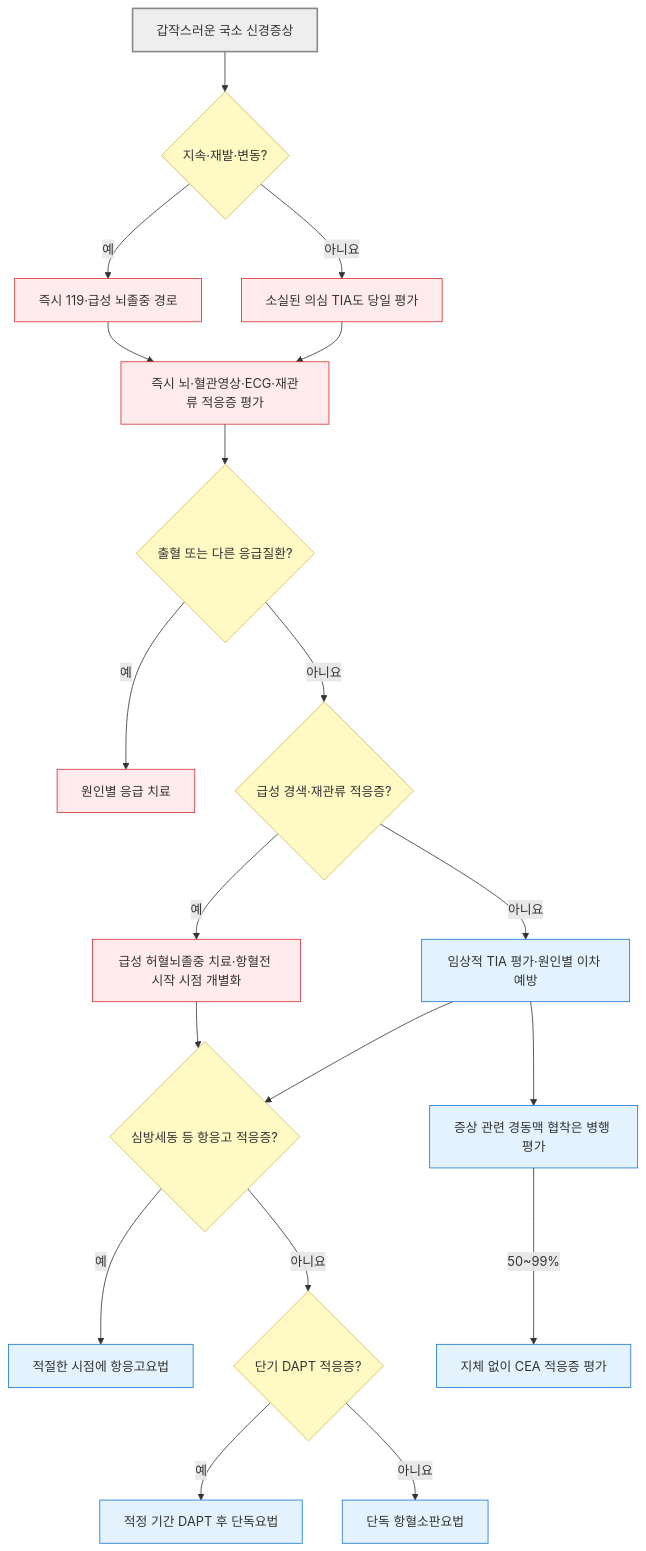
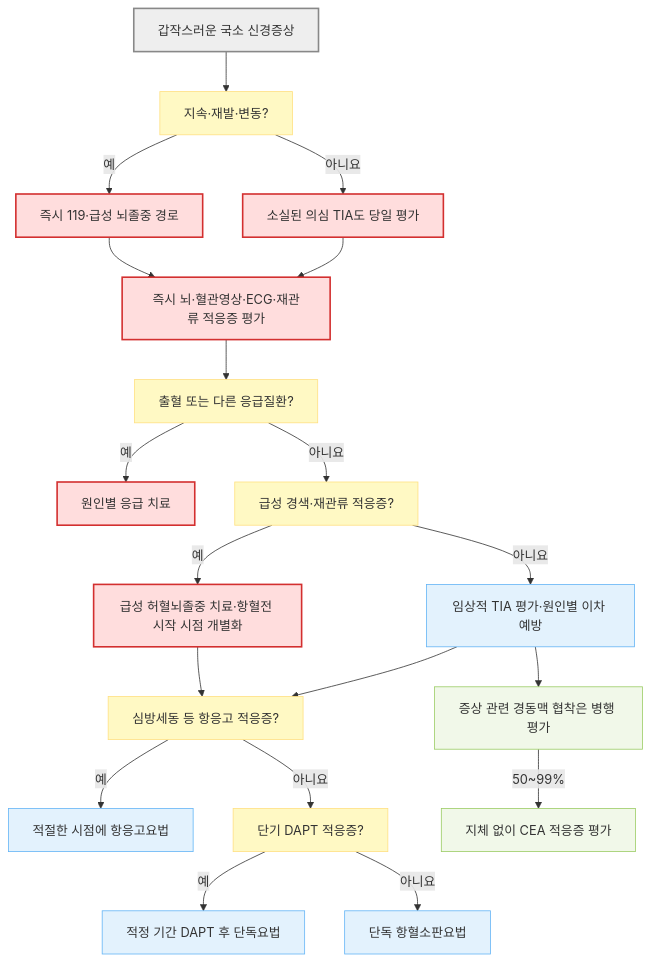
The diagram in 221_/023_-tia.md (familyoh77/familyoh77), drawn with Mermaid before and after one commit. The commit also changed 17 other files, not shown here.

````diff
--- a/221_/023_-tia.md
+++ b/221_/023_-tia.md
@@ -142,29 +142,32 @@
 ```mermaid
 flowchart TD
-    A["갑작스러운 국소 신경증상"] --> B{"지속·재발·변동?"}
+    A["갑작스러운 국소 신경증상"] --> B["지속·재발·변동?"]
     B -- "예" --> C["즉시 119·급성 뇌졸중 경로"]
     B -- "아니요" --> D["소실된 의심 TIA도 당일 평가"]
     C --> E["즉시 뇌·혈관영상·ECG·재관류 적응증 평가"]
     D --> E
-    E --> X{"출혈 또는 다른 응급질환?"}
+    E --> X["출혈 또는 다른 응급질환?"]
     X -- "예" --> U["원인별 응급 치료"]
-    X -- "아니요" --> F{"급성 경색·재관류 적응증?"}
+    X -- "아니요" --> F["급성 경색·재관류 적응증?"]
     F -- "예" --> G["급성 허혈뇌졸중 치료·항혈전 시작 시점 개별화"]
     F -- "아니요" --> H["임상적 TIA 평가·원인별 이차 예방"]
-    G --> I{"심방세동 등 항응고 적응증?"}
+    G --> I["심방세동 등 항응고 적응증?"]
     H --> I
     I -- "예" --> J["적절한 시점에 항응고요법"]
-    I -- "아니요" --> M{"단기 DAPT 적응증?"}
+    I -- "아니요" --> M["단기 DAPT 적응증?"]
     M -- "예" --> N["적정 기간 DAPT 후 단독요법"]
     M -- "아니요" --> O["단독 항혈소판요법"]
     H --> K["증상 관련 경동맥 협착은 병행 평가"]
     K -- "50~99%" --> P["지체 없이 CEA 적응증 평가"]
-    classDef start fill:#eee,stroke:#888,stroke-width:2px
-    classDef decision fill:#fff9c4,stroke:#d6b656
-    classDef process fill:#e3f2fd,stroke:#1976d2
-    classDef urgent fill:#ffebee,stroke:#d32f2f
+
+    classDef start fill:#eeeeee,stroke:#888888,stroke-width:2px
+    classDef question fill:#fff9c4,stroke:#ffe082
+    classDef emergency fill:#ffdddd,stroke:#d32f2f,stroke-width:2px
+    classDef evaluation fill:#f1f8e9,stroke:#9ccc65
+    classDef treatment fill:#e3f2fd,stroke:#64b5f6
     class A start
-    class B,X,F,I,M decision
-    class H,J,N,O,K,P process
-    class C,D,E,U,G urgent
+    class B,X,F,I,M question
+    class C,D,E,U,G emergency
+    class K,P evaluation
+    class H,J,N,O treatment
 ```
````
